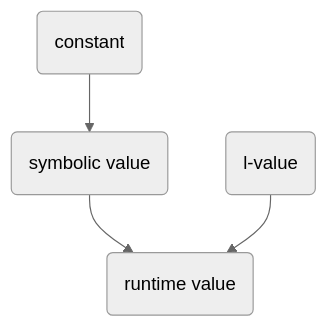
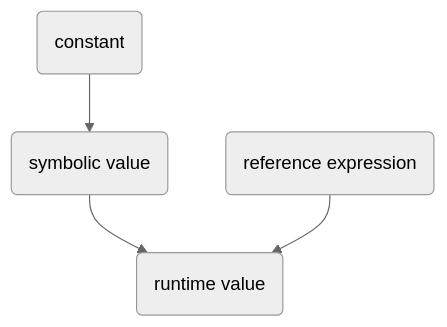
Before and after one commit to carbon-language/carbon-lang: the diagram in docs/design/README.md, drawn with Mermaid (neutral theme). The commit also changed other lines of this file and 11 other files, not shown here.

````diff
--- a/docs/design/README.md
+++ b/docs/design/README.md
@@ -674,5 +713,5 @@
 ```mermaid
 graph TD;
     A(constant)-->B(symbolic value)-->C(runtime value);
-    D(l-value)-->C;
+    D(reference expression)-->C;
 ```
````
